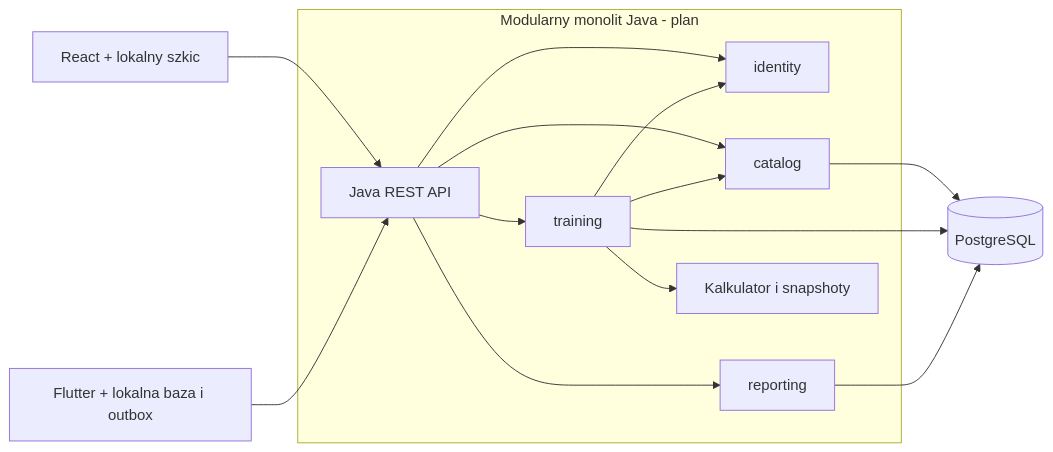
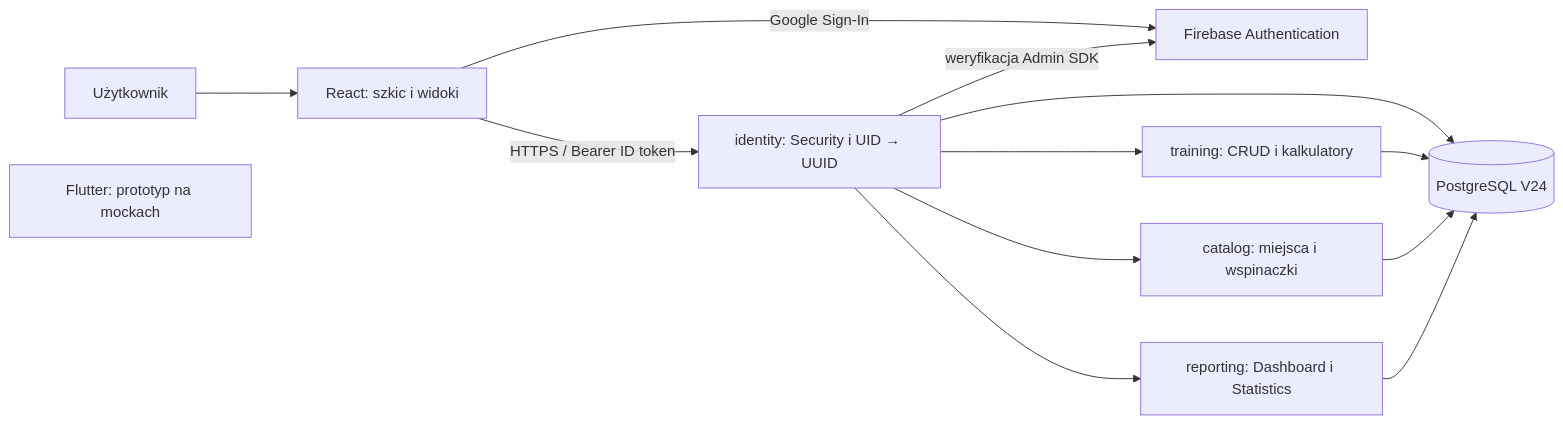
The diagram in .ai/documentation/diagrams/components.md (mihuwis/ClimbBetter), drawn with Mermaid before and after one commit. The commit also changed other lines of this file and 282 other files, not shown here.

````diff
--- a/.ai/documentation/diagrams/components.md
+++ b/.ai/documentation/diagrams/components.md
@@ -21,17 +5,15 @@
 ```mermaid
 flowchart LR
-    Browser[React + lokalny szkic] --> API[Java REST API]
-    Phone[Flutter + lokalna baza i outbox] --> API
-    subgraph Monolith[Modularny monolit Java - plan]
-        API --> Identity[identity]
-        API --> Catalog[catalog]
-        API --> Training[training]
-        API --> Reporting[reporting]
-        Training --> Calculator[Kalkulator i snapshoty]
-        Training --> Catalog
-        Training --> Identity
-    end
-    Catalog --> DB[(PostgreSQL)]
-    Training --> DB
-    Reporting --> DB
+    U[Użytkownik] --> W[React: szkic i widoki]
+    W -->|Google Sign-In| F[Firebase Authentication]
+    W -->|HTTPS / Bearer ID token| I[identity: Security i UID → UUID]
+    I --> T[training: CRUD i kalkulatory]
+    I --> C[catalog: miejsca i wspinaczki]
+    I --> R[reporting: Dashboard i Statistics]
+    I -->|weryfikacja Admin SDK| F
+    I --> DB[(PostgreSQL V24)]
+    T --> DB
+    C --> DB
+    R --> DB
+    M[Flutter: prototyp na mockach]
 ```
````
